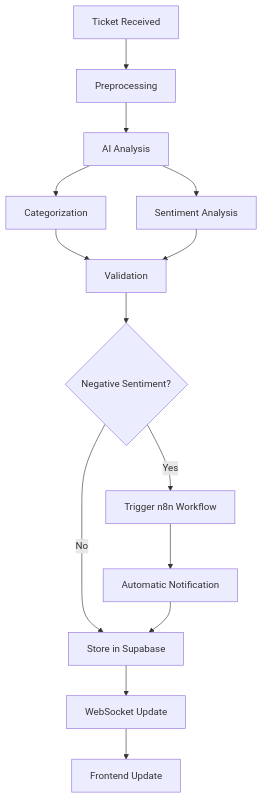
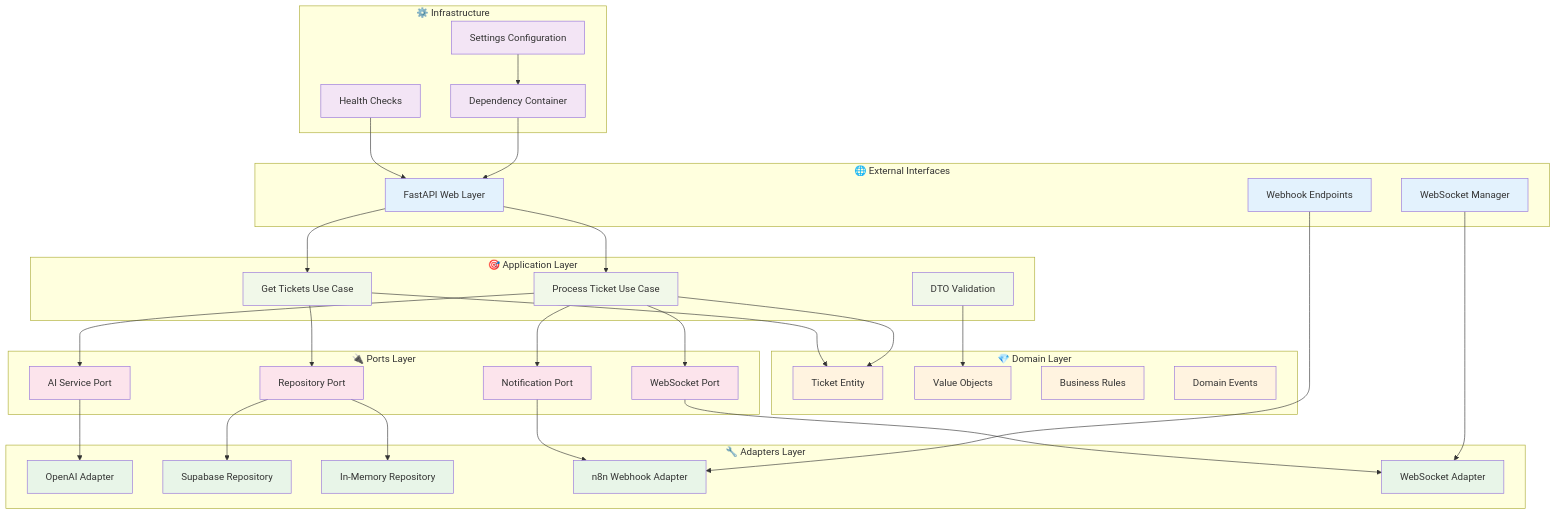
One commit to EstebanR05/AI_powered_support_co_pilot changed the diagram in python-api/README.md. Above: the diagram before and after it, drawn with Mermaid. The commit also changed other lines of this file and 2 other files, not shown here.

````diff
--- a/python-api/README.md
+++ b/python-api/README.md
@@ -214,16 +45,80 @@
 ```mermaid
-graph TD
-    A[Ticket Received] --> B[Preprocessing]
-    B --> C[AI Analysis]
-    C --> D[Categorization]
-    C --> E[Sentiment Analysis]
-    D --> F[Validation]
-    E --> F
-    F --> G{Negative Sentiment?}
-    G -->|Yes| H[Trigger n8n Workflow]
-    G -->|No| I[Store in Supabase]
-    H --> J[Automatic Notification]
-    I --> K[WebSocket Update]
-    J --> I
-    K --> L[Frontend Update]
+graph TB
+    subgraph "🌐 External Interfaces"
+        A[FastAPI Web Layer]
+        B[WebSocket Manager]
+        C[Webhook Endpoints]
+    end
+    
+    subgraph "🎯 Application Layer"
+        D[Process Ticket Use Case]
+        E[Get Tickets Use Case]
+        F[DTO Validation]
+    end
+    
+    subgraph "💎 Domain Layer"
+        G[Ticket Entity]
+        H[Value Objects]
+        I[Business Rules]
+        J[Domain Events]
+    end
+    
+    subgraph "🔌 Ports Layer"
+        K[AI Service Port]
+        L[Repository Port]
+        M[Notification Port]
+        N[WebSocket Port]
+    end
+    
+    subgraph "🔧 Adapters Layer"
+        O[OpenAI Adapter]
+        P[Supabase Repository]
+        Q[In-Memory Repository]
+        R[n8n Webhook Adapter]
+        S[WebSocket Adapter]
+    end
+    
+    subgraph "⚙️ Infrastructure"
+        T[Settings Configuration]
+        U[Dependency Container]
+        V[Health Checks]
+    end
+    
+    A --> D
+    A --> E
+    B --> S
+    C --> R
+    
+    D --> G
+    E --> G
+    F --> H
+    
+    D --> K
+    E --> L
+    D --> M
+    D --> N
+    
+    K --> O
+    L --> P
+    L --> Q
+    M --> R
+    N --> S
+    
+    U --> A
+    T --> U
+    V --> A
+    
+    classDef external fill:#e3f2fd
+    classDef application fill:#f1f8e9
+    classDef domain fill:#fff3e0
+    classDef ports fill:#fce4ec
+    classDef adapters fill:#e8f5e8
+    classDef infra fill:#f3e5f5
+    
+    class A,B,C external
+    class D,E,F application
+    class G,H,I,J domain
+    class K,L,M,N ports
+    class O,P,Q,R,S adapters
+    class T,U,V infra
 ```
````
